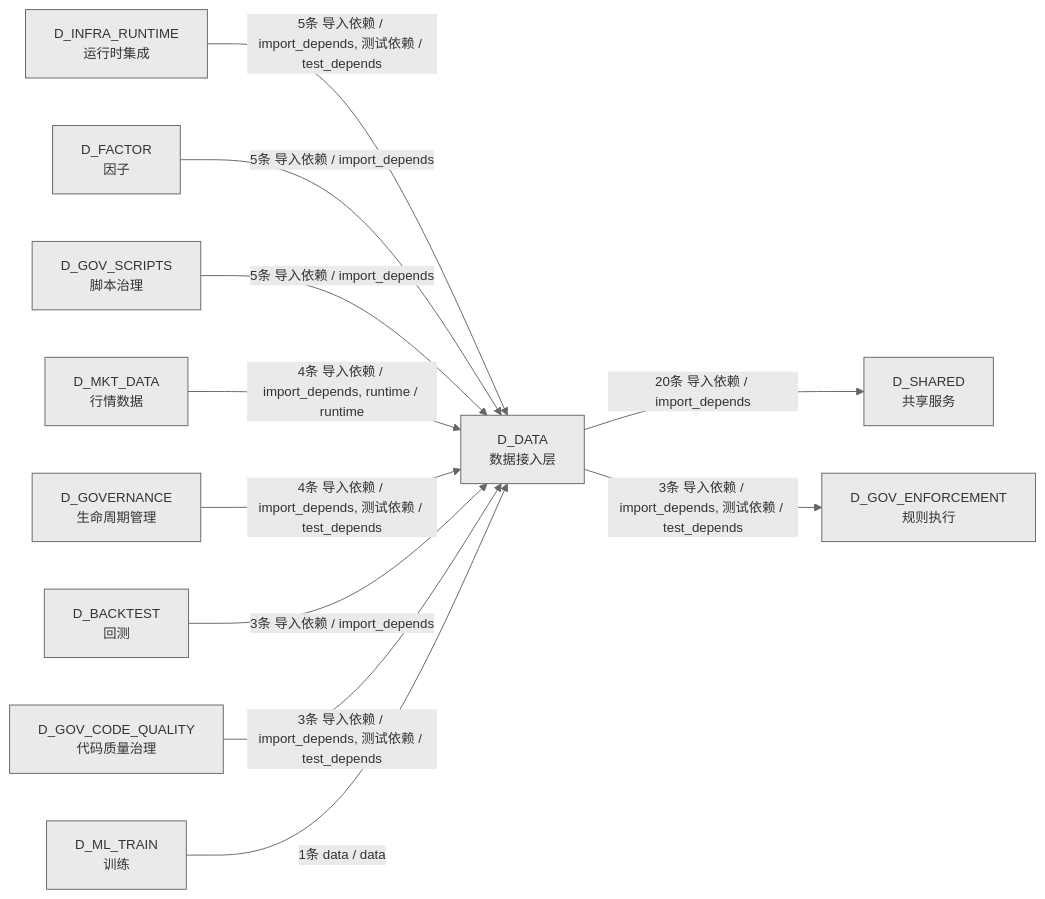
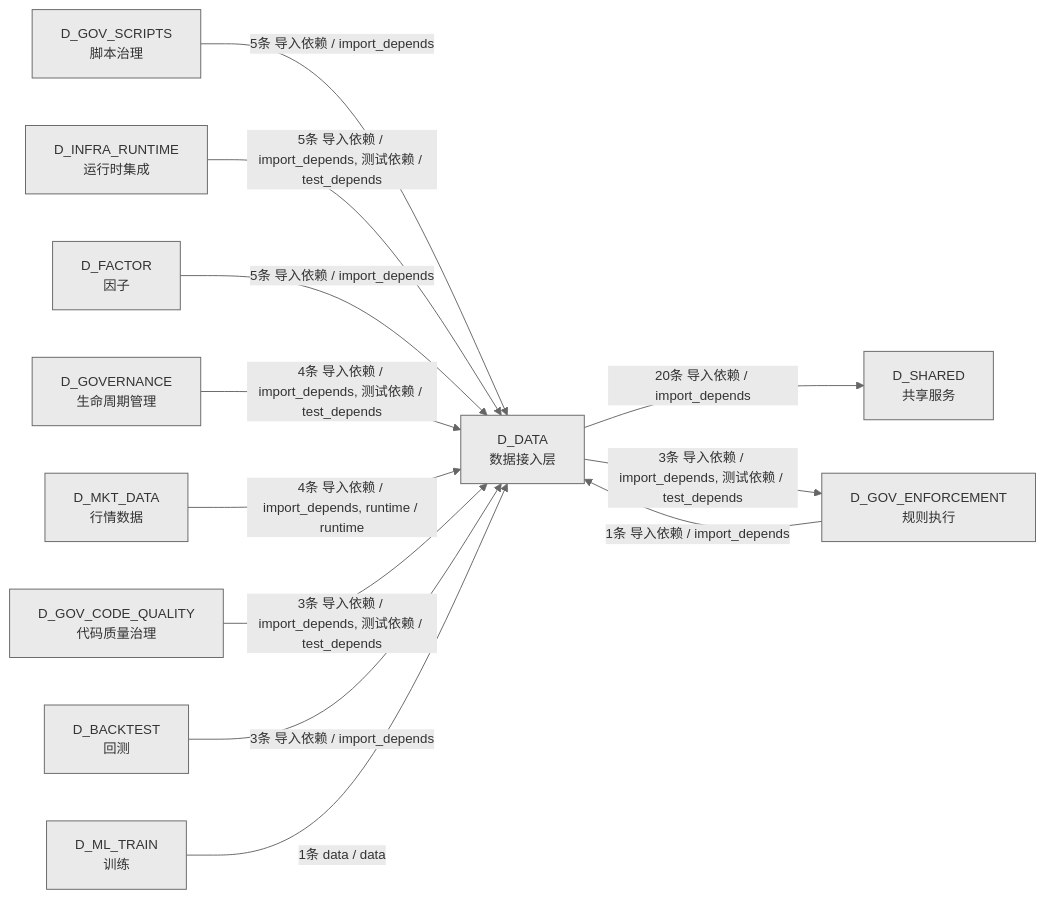
Before and after one commit to xuanFelixVan/ZephyrAlpha: the fourth of 4 diagrams in docs/02_enterprise_architecture/02_domain_architecture_docs/11_d_data.md, drawn with Mermaid. The commit also changed other lines of this file and 49 other files, not shown here.

````diff
--- a/docs/02_enterprise_architecture/02_domain_architecture_docs/11_d_data.md
+++ b/docs/02_enterprise_architecture/02_domain_architecture_docs/11_d_data.md
@@ -1419,25 +1416,26 @@
 ```mermaid
 %%{init: {'theme': 'base', 'themeVariables': {'primaryColor': '#eaeaea', 'primaryTextColor': '#333333', 'primaryBorderColor': '#666666', 'lineColor': '#666666', 'secondaryColor': '#eaeaea', 'tertiaryColor': '#eaeaea', 'fontSize': '14px'}}}%%
 graph LR
     D_DATA["D_DATA<br/>数据接入层"]
     D_SHARED["D_SHARED<br/>共享服务"]
     D_GOV_ENFORCEMENT["D_GOV_ENFORCEMENT<br/>规则执行"]
+    D_GOV_SCRIPTS["D_GOV_SCRIPTS<br/>脚本治理"]
     D_INFRA_RUNTIME["D_INFRA_RUNTIME<br/>运行时集成"]
     D_FACTOR["D_FACTOR<br/>因子"]
-    D_GOV_SCRIPTS["D_GOV_SCRIPTS<br/>脚本治理"]
+    D_GOVERNANCE["D_GOVERNANCE<br/>生命周期管理"]
     D_MKT_DATA["D_MKT_DATA<br/>行情数据"]
-    D_GOVERNANCE["D_GOVERNANCE<br/>生命周期管理"]
+    D_GOV_CODE_QUALITY["D_GOV_CODE_QUALITY<br/>代码质量治理"]
     D_BACKTEST["D_BACKTEST<br/>回测"]
-    D_GOV_CODE_QUALITY["D_GOV_CODE_QUALITY<br/>代码质量治理"]
     D_ML_TRAIN["D_ML_TRAIN<br/>训练"]
     D_DATA -->|20条 导入依赖 / import_depends| D_SHARED
     D_DATA -->|3条 导入依赖 / import_depends, 测试依赖 / test_depends| D_GOV_ENFORCEMENT
+    D_GOV_SCRIPTS -->|5条 导入依赖 / import_depends| D_DATA
     D_INFRA_RUNTIME -->|5条 导入依赖 / import_depends, 测试依赖 / test_depends| D_DATA
     D_FACTOR -->|5条 导入依赖 / import_depends| D_DATA
-    D_GOV_SCRIPTS -->|5条 导入依赖 / import_depends| D_DATA
+    D_GOVERNANCE -->|4条 导入依赖 / import_depends, 测试依赖 / test_depends| D_DATA
     D_MKT_DATA -->|4条 导入依赖 / import_depends, runtime / runtime| D_DATA
-    D_GOVERNANCE -->|4条 导入依赖 / import_depends, 测试依赖 / test_depends| D_DATA
+    D_GOV_CODE_QUALITY -->|3条 导入依赖 / import_depends, 测试依赖 / test_depends| D_DATA
     D_BACKTEST -->|3条 导入依赖 / import_depends| D_DATA
-    D_GOV_CODE_QUALITY -->|3条 导入依赖 / import_depends, 测试依赖 / test_depends| D_DATA
     D_ML_TRAIN -->|1条 data / data| D_DATA
+    D_GOV_ENFORCEMENT -->|1条 导入依赖 / import_depends| D_DATA
 ```
````
